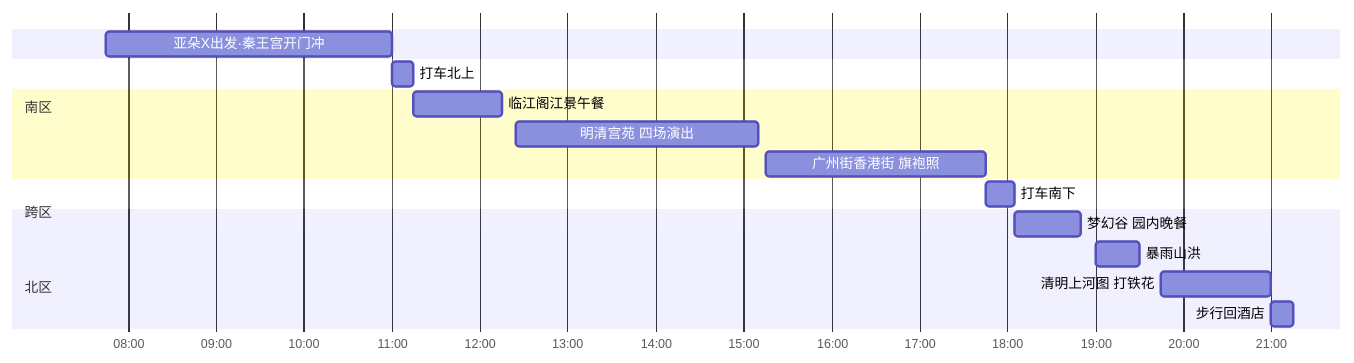
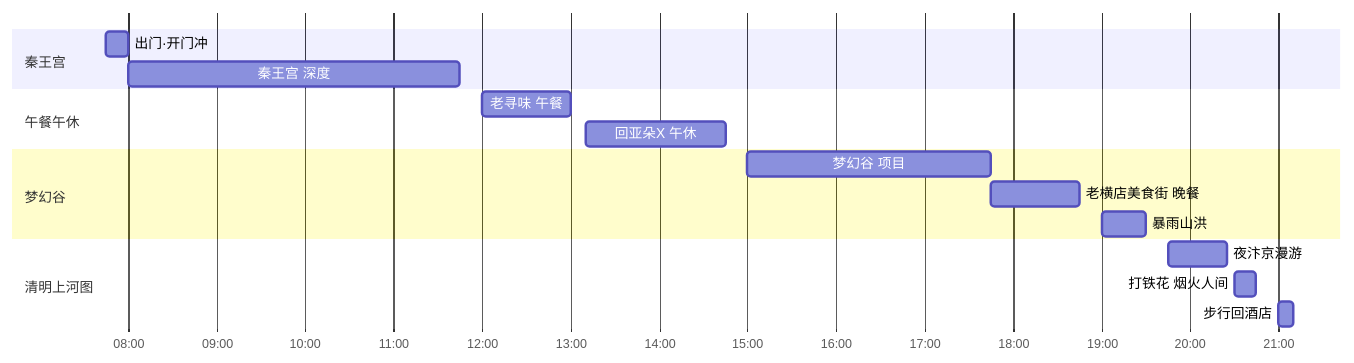
The first of 2 diagrams in content/travels/hengdian-yiwu-national-day-guide.md (hezhijie0327/ZJBlog), drawn with Mermaid before and after one commit. The commit also changed other lines of this file, not shown here.

````diff
--- a/content/travels/hengdian-yiwu-national-day-guide.md
+++ b/content/travels/hengdian-yiwu-national-day-guide.md
@@ -79,21 +79,20 @@
 ```mermaid
 gantt
     dateFormat HH:mm
     axisFormat %H:%M
     todayMarker off
-    section 南区
-    亚朵X出发·秦王宫开门冲 :q1, 07:45, 11:00
-    section 跨区
-    打车北上 :t1, 11:00, 11:15
-    section 北区
-    临江阁江景午餐 :m1, 11:15, 12:15
-    明清宫苑 四场演出 :q2, 12:25, 15:10
-    广州街香港街 旗袍照 :q3, 15:15, 17:45
-    section 跨区
-    打车南下 :t2, 17:45, 18:05
-    section 南区
-    梦幻谷 园内晚餐 :m2, 18:05, 18:50
+    section 秦王宫
+    出门·开门冲 :q1, 07:45, 08:00
+    秦王宫 深度 :q2, 08:00, 11:45
+    section 午餐午休
+    老寻味 午餐 :m1, 12:00, 13:00
+    回亚朵X 午休 :r1, 13:10, 14:45
+    section 梦幻谷
+    梦幻谷 项目 :q3, 15:00, 17:45
+    老横店美食街 晚餐 :m2, 17:45, 18:45
     暴雨山洪 :q4, 19:00, 19:30
-    清明上河图 打铁花 :q5, 19:45, 21:00
-    步行回酒店 :q6, 21:00, 21:15
+    section 清明上河图
+    夜汴京漫游 :q5, 19:45, 20:25
+    打铁花 烟火人间 :q6, 20:30, 20:45
+    步行回酒店 :q7, 21:00, 21:10
 ```
````
